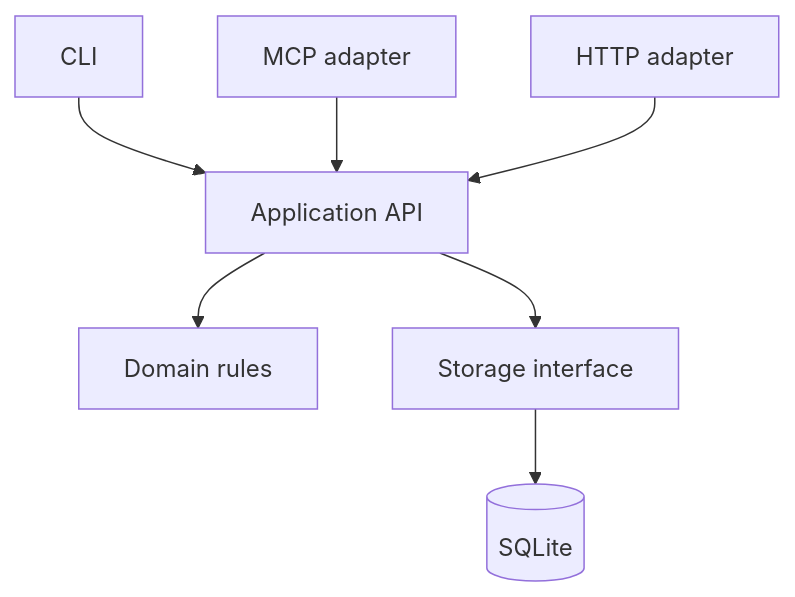
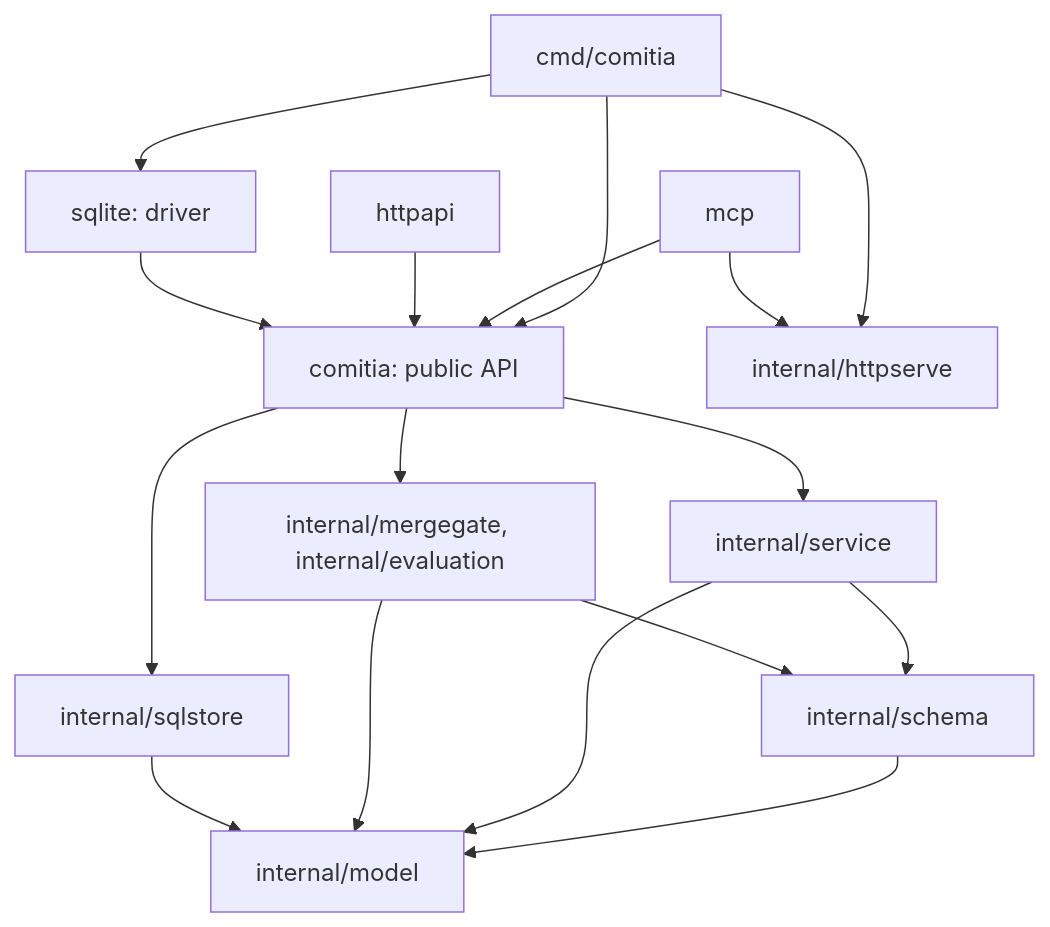
The diagram in docs/architecture.md (krimvp/comitia), drawn with Mermaid before and after one commit. The commit also changed other lines of this file and 2 other files, not shown here.

````diff
--- a/docs/architecture.md
+++ b/docs/architecture.md
@@ -13,9 +13,19 @@
 ```mermaid
 flowchart TD
-    CLI[CLI] --> APP[Application API]
-    MCP[MCP adapter] --> APP
-    HTTP[HTTP adapter] --> APP
-    APP --> DOMAIN[Domain rules]
-    APP --> STORE[Storage interface]
-    STORE --> SQLITE[(SQLite)]
+    CLI[cmd/comitia] --> ROOT[comitia: public API]
+    MCP[mcp] --> ROOT
+    HTTP[httpapi] --> ROOT
+    CLI --> DRIVER[sqlite: driver]
+    DRIVER --> ROOT
+    CLI --> SERVE[internal/httpserve]
+    MCP --> SERVE
+    ROOT --> SERVICE[internal/service]
+    ROOT --> SQLSTORE[internal/sqlstore]
+    ROOT --> GATES[internal/mergegate, internal/evaluation]
+    SERVICE --> SCHEMA[internal/schema]
+    GATES --> SCHEMA
+    SCHEMA --> MODEL[internal/model]
+    SERVICE --> MODEL
+    GATES --> MODEL
+    SQLSTORE --> MODEL
 ```
````
